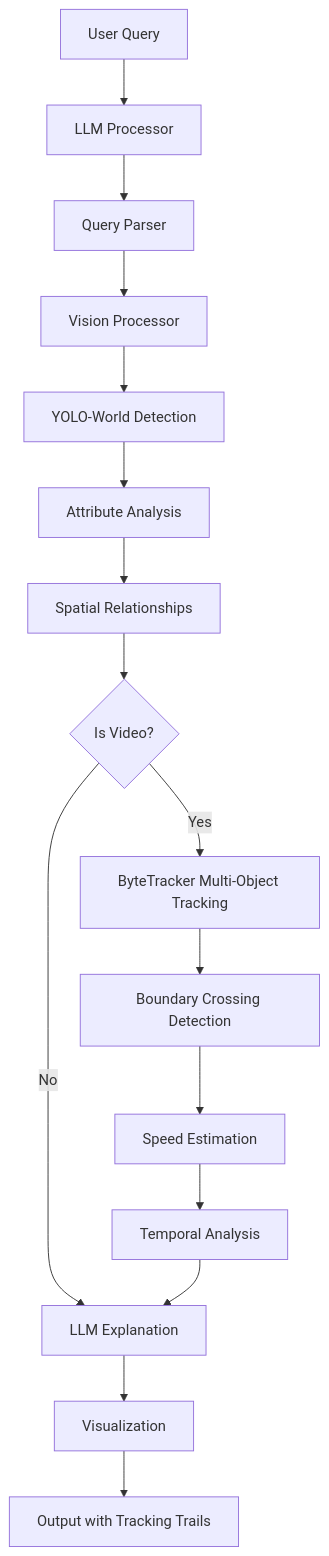
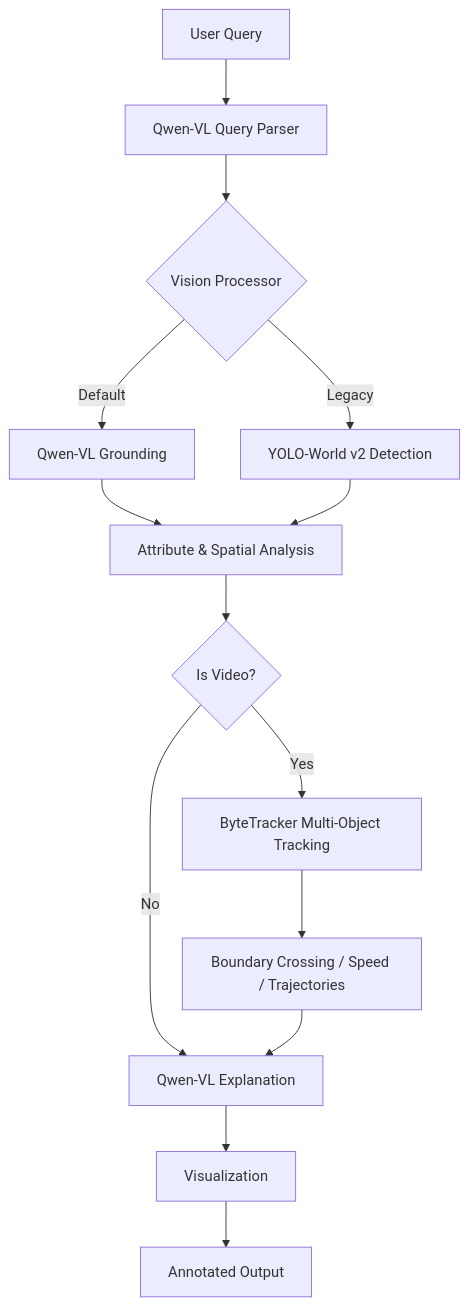
The diagram in README.md (MugheesMehdi07/langvio), drawn with Mermaid before and after one commit. The commit also changed other lines of this file, not shown here.

````diff
--- a/README.md
+++ b/README.md
@@ -221,18 +244,16 @@
 ```mermaid
 graph TD
-    A[User Query] --> B[LLM Processor]
-    B --> C[Query Parser]
-    C --> D[Vision Processor]
-    D --> E[YOLO-World Detection]
-    E --> F[Attribute Analysis]
-    F --> G[Spatial Relationships]
-    G --> H{Is Video?}
-    H -->|Yes| I[ByteTracker Multi-Object Tracking]
-    H -->|No| J[LLM Explanation]
-    I --> K[Boundary Crossing Detection]
-    K --> L[Speed Estimation]
-    L --> M[Temporal Analysis]
-    M --> J
-    J --> N[Visualization]
-    N --> O[Output with Tracking Trails]
+    A[User Query] --> B[Qwen-VL Query Parser]
+    B --> C{Vision Processor}
+    C -->|Default| D[Qwen-VL Grounding]
+    C -->|Legacy| E[YOLO-World v2 Detection]
+    D --> F[Attribute &amp; Spatial Analysis]
+    E --> F
+    F --> G{Is Video?}
+    G -->|Yes| H[ByteTracker Multi-Object Tracking]
+    G -->|No| J[Qwen-VL Explanation]
+    H --> I[Boundary Crossing / Speed / Trajectories]
+    I --> J
+    J --> K[Visualization]
+    K --> L[Annotated Output]
 ```
````
